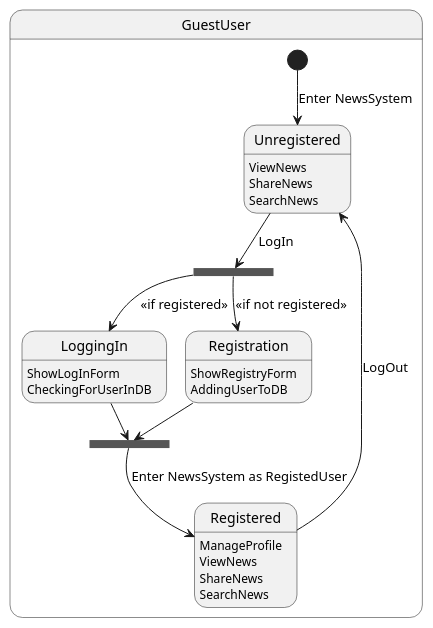
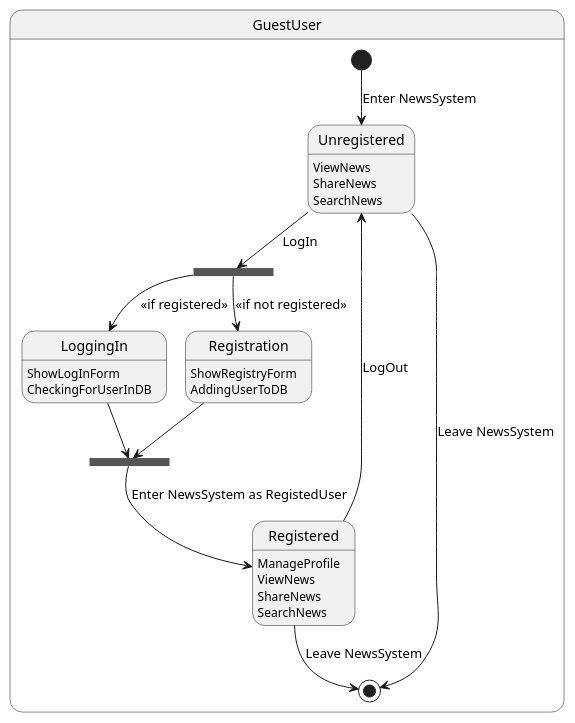
One commit to razan-mp4/SystemTheory_labs changed the diagram in lab_5/state_diagram.iuml. Above: the diagram before and after it, drawn with PlantUML.

```diff
--- a/lab_5/state_diagram.iuml
+++ b/lab_5/state_diagram.iuml
@@ -1,36 +1,39 @@
 @startuml
 
 state GuestUser {
     [*] --> Unregistered : Enter NewsSystem
 
     state fork_state <<fork>>
     Unregistered --> fork_state : LogIn
     fork_state --> LoggingIn : <<if registered>>
     fork_state --> Registration : <<if not registered>>
 
     state join_state <<join>>
     LoggingIn --> join_state
     Registration --> join_state
     join_state --> Registered : Enter NewsSystem as RegistedUser
 
     Registered --> Unregistered: LogOut
+    
+    Unregistered --> [*] : Leave NewsSystem
+    Registered --> [*]  : Leave NewsSystem
 
 }
 
 state Unregistered  : ViewNews
 state Unregistered  : ShareNews
 state Unregistered  : SearchNews
 
 
 state Registration : ShowRegistryForm
 state Registration : AddingUserToDB
 
 state LoggingIn : ShowLogInForm
 state LoggingIn : CheckingForUserInDB
 
 state Registered : ManageProfile
 state Registered : ViewNews
 state Registered : ShareNews
 state Registered : SearchNews
 
 @enduml
```
